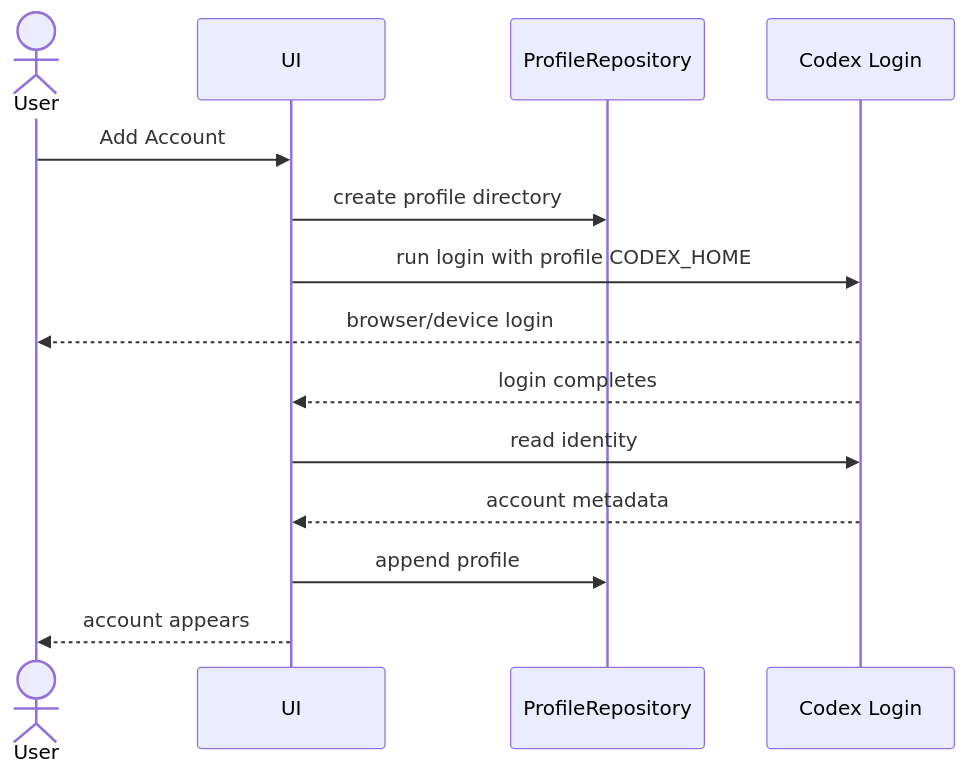
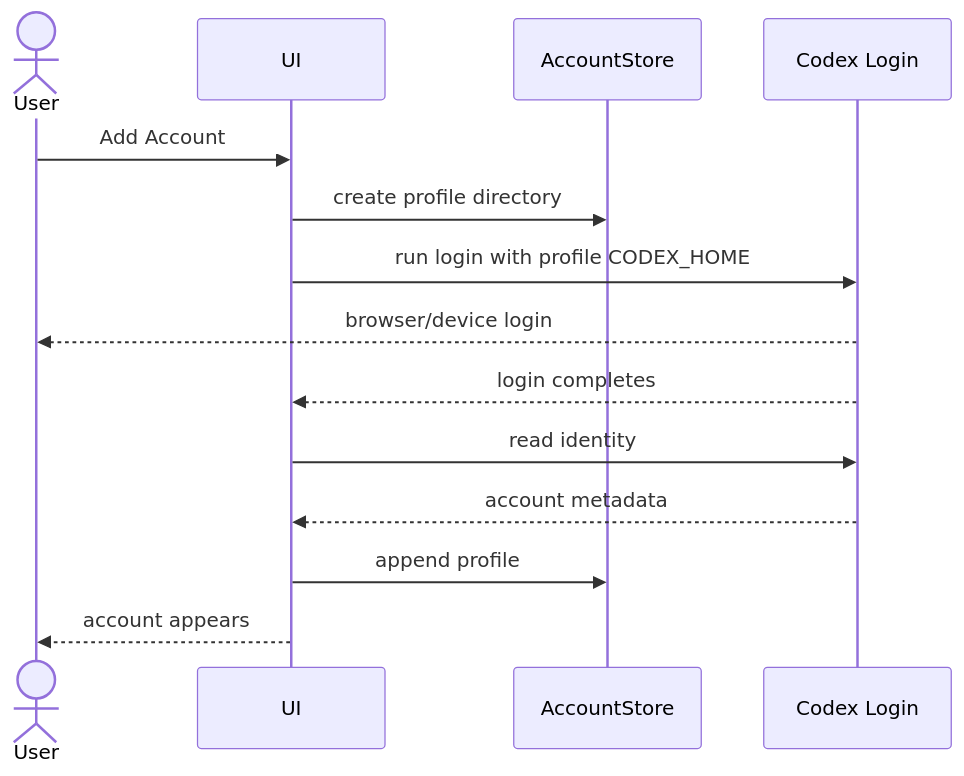
Before and after one commit to liuzhao1225/codex-account-switcher: the third of 3 diagrams in docs/system-design.md, drawn with Mermaid. The commit also changed other lines of this file and 28 other files, not shown here.

````diff
--- a/docs/system-design.md
+++ b/docs/system-design.md
@@ -608,17 +577,17 @@
 ```mermaid
 sequenceDiagram
     actor User
     participant UI
-    participant Repo as ProfileRepository
+    participant Store as AccountStore
     participant Codex as Codex Login
 
     User->>UI: Add Account
-    UI->>Repo: create profile directory
+    UI->>Store: create profile directory
     UI->>Codex: run login with profile CODEX_HOME
     Codex-->>User: browser/device login
     Codex-->>UI: login completes
     UI->>Codex: read identity
     Codex-->>UI: account metadata
-    UI->>Repo: append profile
+    UI->>Store: append profile
     UI-->>User: account appears
 ```
````
